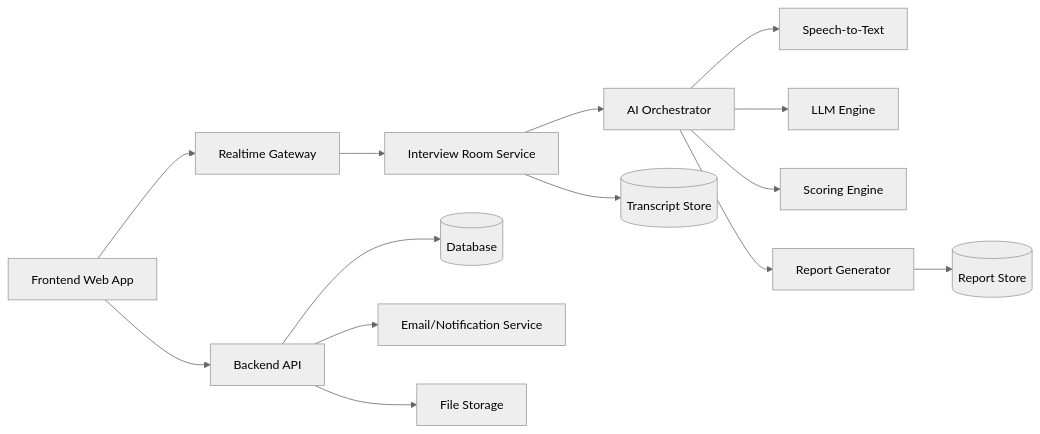
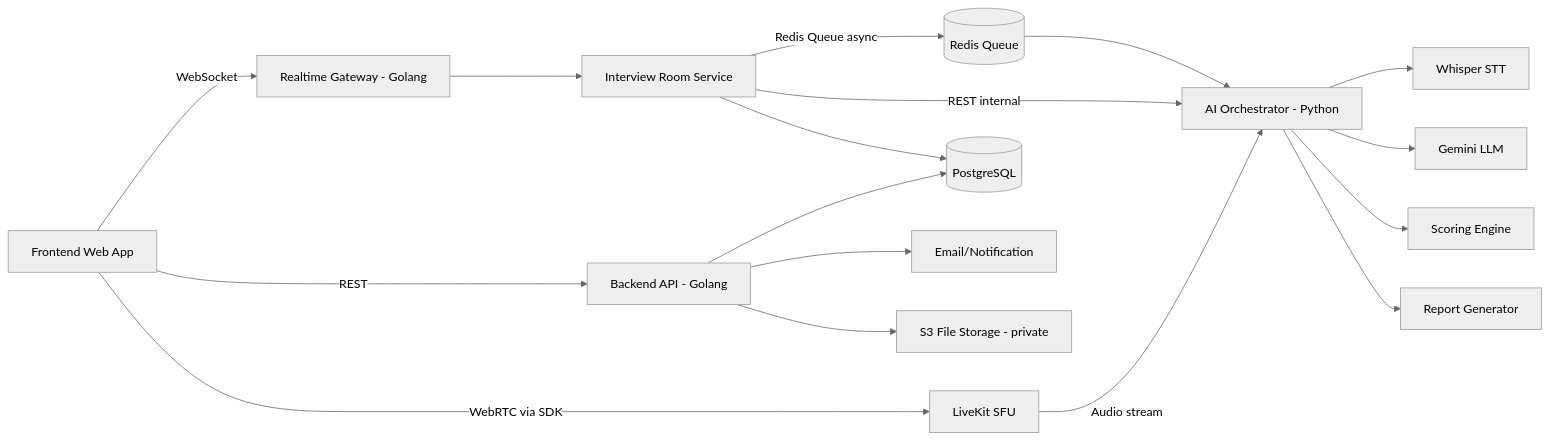
The third of 5 diagrams in docs/SYSTEM_ANALYSIS.md (nguyenhung2203/Cuoc-Thi-AI), drawn with Mermaid (neutral theme) before and after one commit. The commit also changed other lines of this file and 5 other files, not shown here.

````diff
--- a/docs/SYSTEM_ANALYSIS.md
+++ b/docs/SYSTEM_ANALYSIS.md
@@ -725,16 +725,19 @@
 ```mermaid
 flowchart LR
-    A[Frontend Web App] --> B[Backend API]
-    A --> C[Realtime Gateway]
+    A[Frontend Web App] -->|REST| B[Backend API - Golang]
+    A -->|WebSocket| C[Realtime Gateway - Golang]
+    A -->|WebRTC via SDK| SFU[LiveKit SFU]
+    SFU -->|Audio stream| E[AI Orchestrator - Python]
     C --> D[Interview Room Service]
-    D --> E[AI Orchestrator]
-    E --> F[Speech-to-Text]
-    E --> G[LLM Engine]
+    D -->|REST internal| E
+    D -->|Redis Queue async| RQ[(Redis Queue)]
+    RQ --> E
+    E --> F[Whisper STT]
+    E --> G[Gemini LLM]
     E --> H[Scoring Engine]
     E --> I[Report Generator]
-    B --> J[(Database)]
-    D --> K[(Transcript Store)]
-    I --> L[(Report Store)]
-    B --> M[Email/Notification Service]
-    B --> N[File Storage]
+    B --> J[(PostgreSQL)]
+    D --> J
+    B --> M[Email/Notification]
+    B --> N[S3 File Storage - private]
 ```
````
